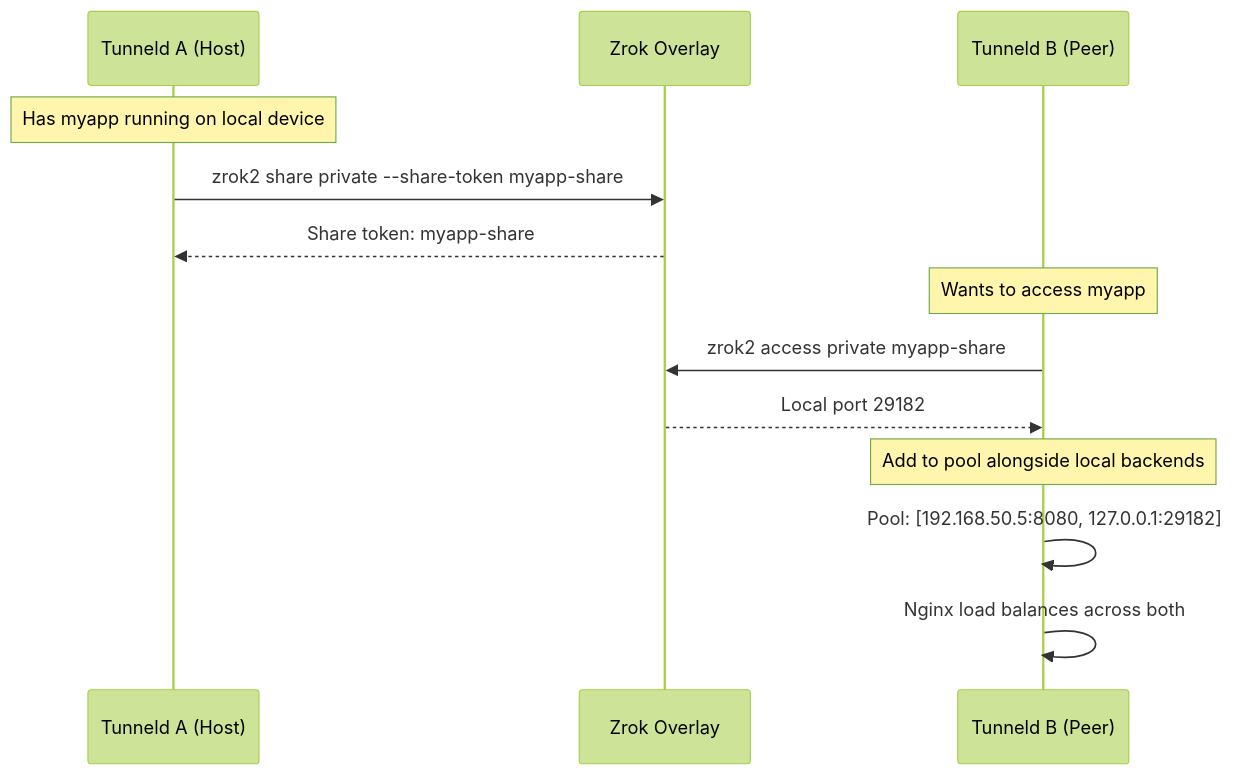
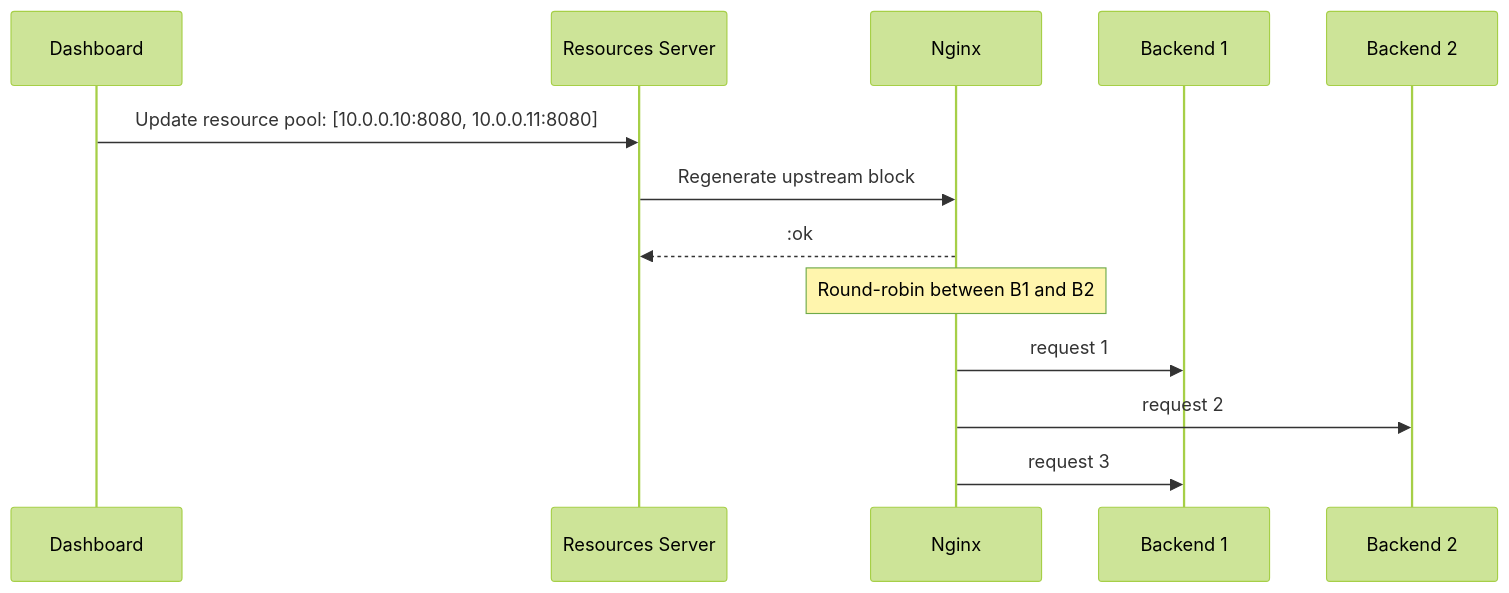
The second of 2 diagrams in docs/distributed-load-balancing.md (toreanjoel/tunneld), drawn with Mermaid (forest theme) before and after one commit. The commit also changed other lines of this file and 42 other files, not shown here.

Commit message:
feat: remove zrok, wifi, sqm, mullvad, rebrand as ethernet-first edge relay, rename interface config to upstream/downstream, add netlink helper, consolidate installer, docs, landing

````diff
--- a/docs/distributed-load-balancing.md
+++ b/docs/distributed-load-balancing.md
@@ -53,18 +55,16 @@
 ```mermaid
 sequenceDiagram
-    participant A as Tunneld A (Host)
-    participant Z as Zrok Overlay
-    participant B as Tunneld B (Peer)
+    participant User as Dashboard
+    participant Res as Resources Server
+    participant Nginx as Nginx
+    participant B1 as Backend 1
+    participant B2 as Backend 2
 
-    Note over A: Has myapp running on local device
-    A->>Z: zrok2 share private --share-token myapp-share
-    Z-->>A: Share token: myapp-share
-
-    Note over B: Wants to access myapp
-    B->>Z: zrok2 access private myapp-share
-    Z-->>B: Local port 29182
-
-    Note over B: Add to pool alongside local backends
-    B->>B: Pool: [192.168.50.5:8080, 127.0.0.1:29182]
-    B->>B: Nginx load balances across both
+    User->>Res: Update resource pool: [10.0.0.10:8080, 10.0.0.11:8080]
+    Res->>Nginx: Regenerate upstream block
+    Nginx-->>Res: :ok
+    Note over Nginx: Round-robin between B1 and B2
+    Nginx->>B1: request 1
+    Nginx->>B2: request 2
+    Nginx->>B1: request 3
 ```
````
